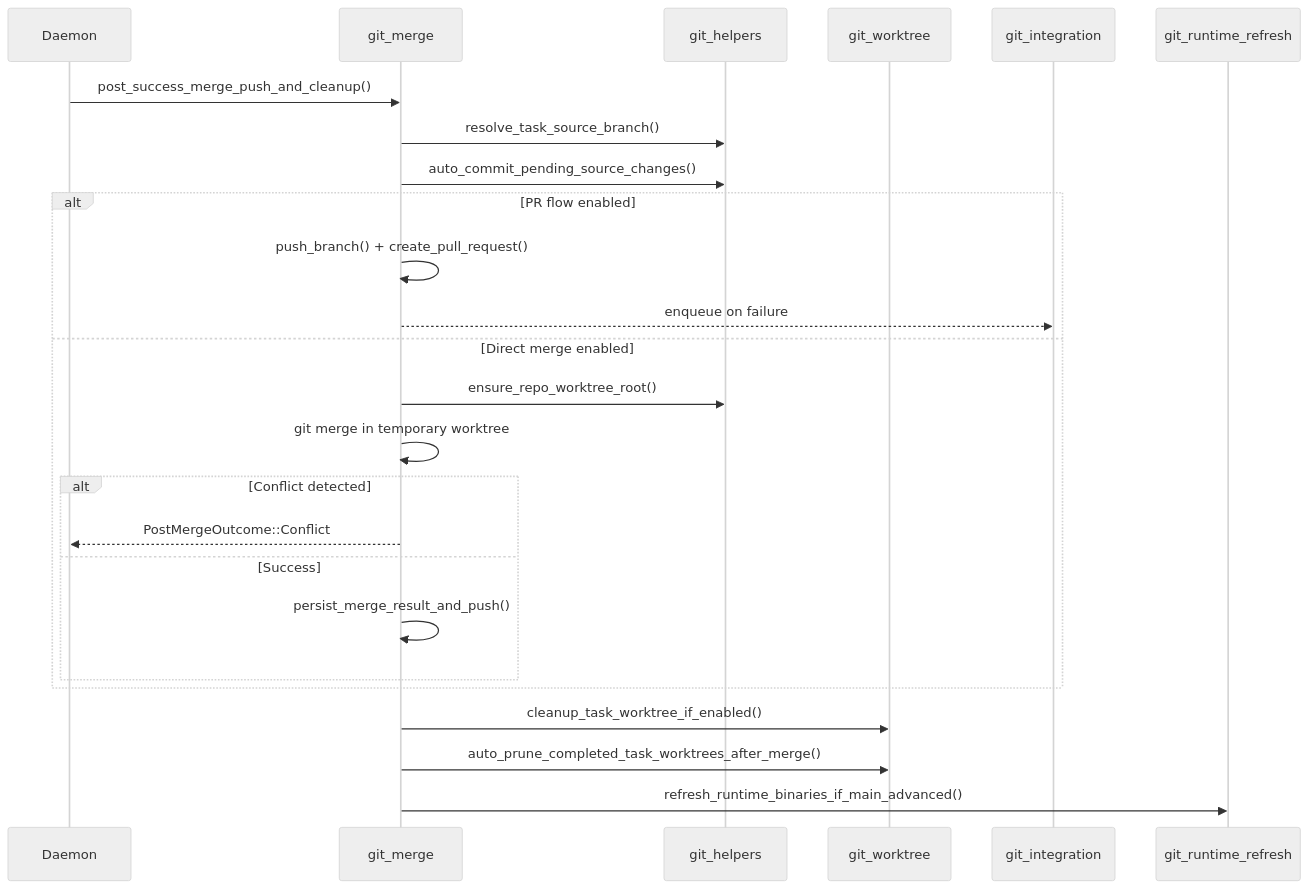
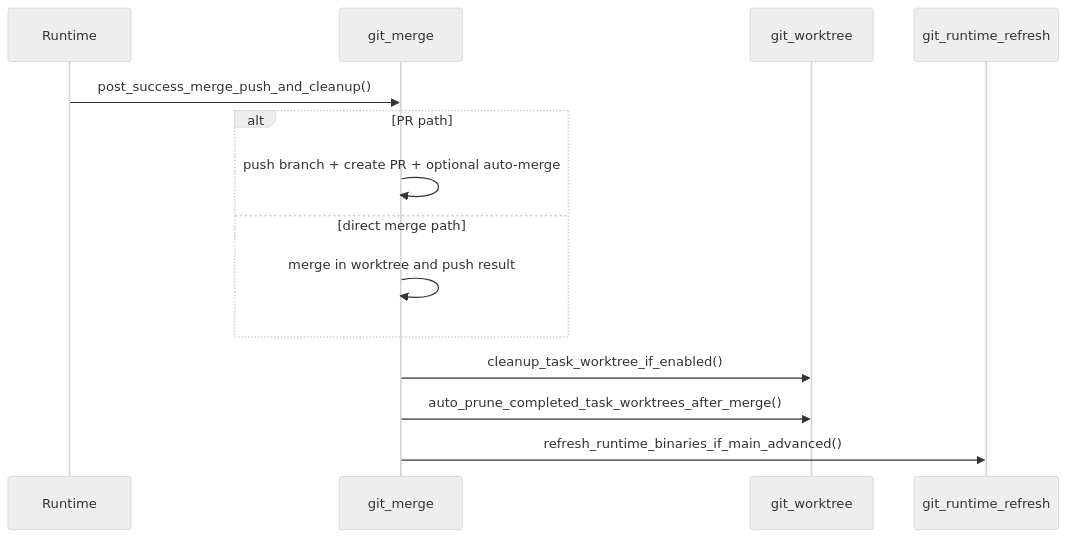
The second of 3 diagrams in crates/orchestrator-git-ops/README.md (launchapp-dev/animus-cli), drawn with Mermaid (neutral theme) before and after one commit. The commit also changed other lines of this file and 15 other files, not shown here.

````diff
--- a/crates/orchestrator-git-ops/README.md
+++ b/crates/orchestrator-git-ops/README.md
@@ -45,30 +73,17 @@
 ```mermaid
 sequenceDiagram
-    participant Daemon
+    participant Runtime
     participant Merge as git_merge
-    participant Helpers as git_helpers
     participant Worktree as git_worktree
-    participant Integration as git_integration
     participant Refresh as git_runtime_refresh
 
-    Daemon->>Merge: post_success_merge_push_and_cleanup()
-    Merge->>Helpers: resolve_task_source_branch()
-    Merge->>Helpers: auto_commit_pending_source_changes()
-
-    alt PR flow enabled
-        Merge->>Merge: push_branch() + create_pull_request()
-        Merge-->>Integration: enqueue on failure
-    else Direct merge enabled
-        Merge->>Helpers: ensure_repo_worktree_root()
-        Merge->>Merge: git merge in temporary worktree
-        alt Conflict detected
-            Merge-->>Daemon: PostMergeOutcome::Conflict
-        else Success
-            Merge->>Merge: persist_merge_result_and_push()
-        end
+    Runtime->>Merge: post_success_merge_push_and_cleanup()
+    alt PR path
+        Merge->>Merge: push branch + create PR + optional auto-merge
+    else direct merge path
+        Merge->>Merge: merge in worktree and push result
     end
-
     Merge->>Worktree: cleanup_task_worktree_if_enabled()
     Merge->>Worktree: auto_prune_completed_task_worktrees_after_merge()
     Merge->>Refresh: refresh_runtime_binaries_if_main_advanced()
 ```
````
